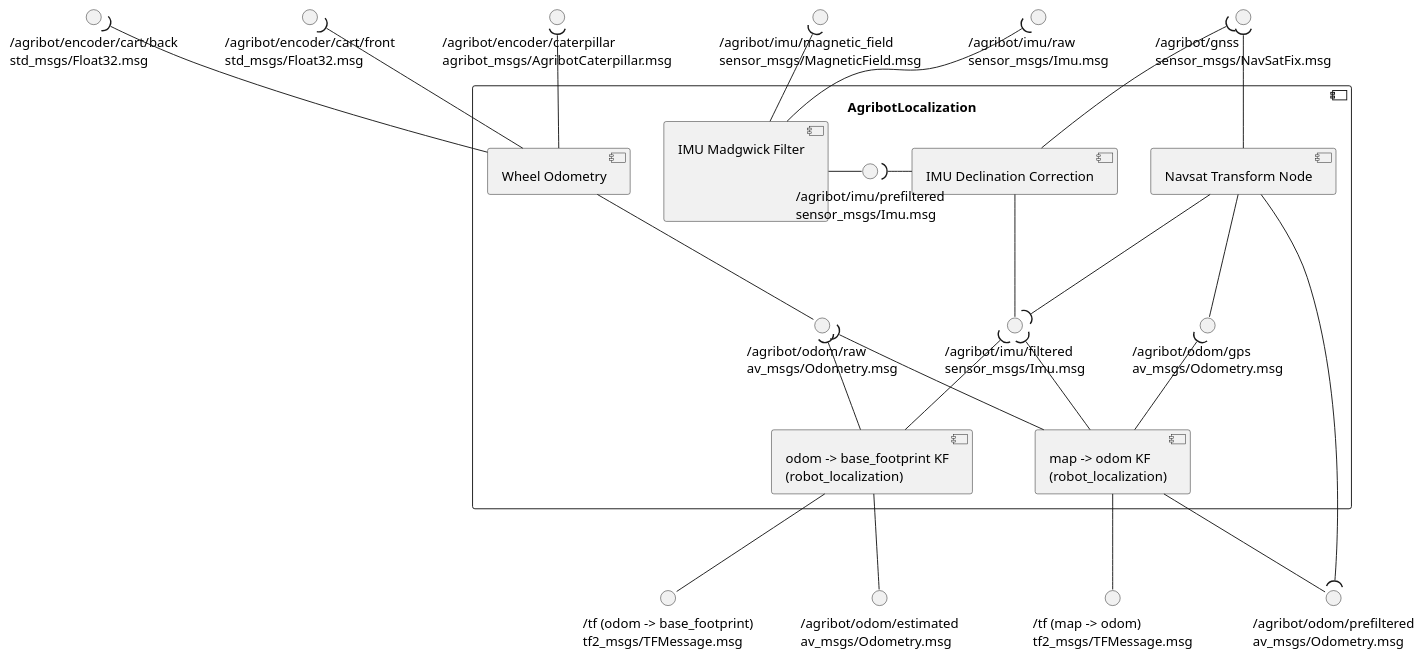
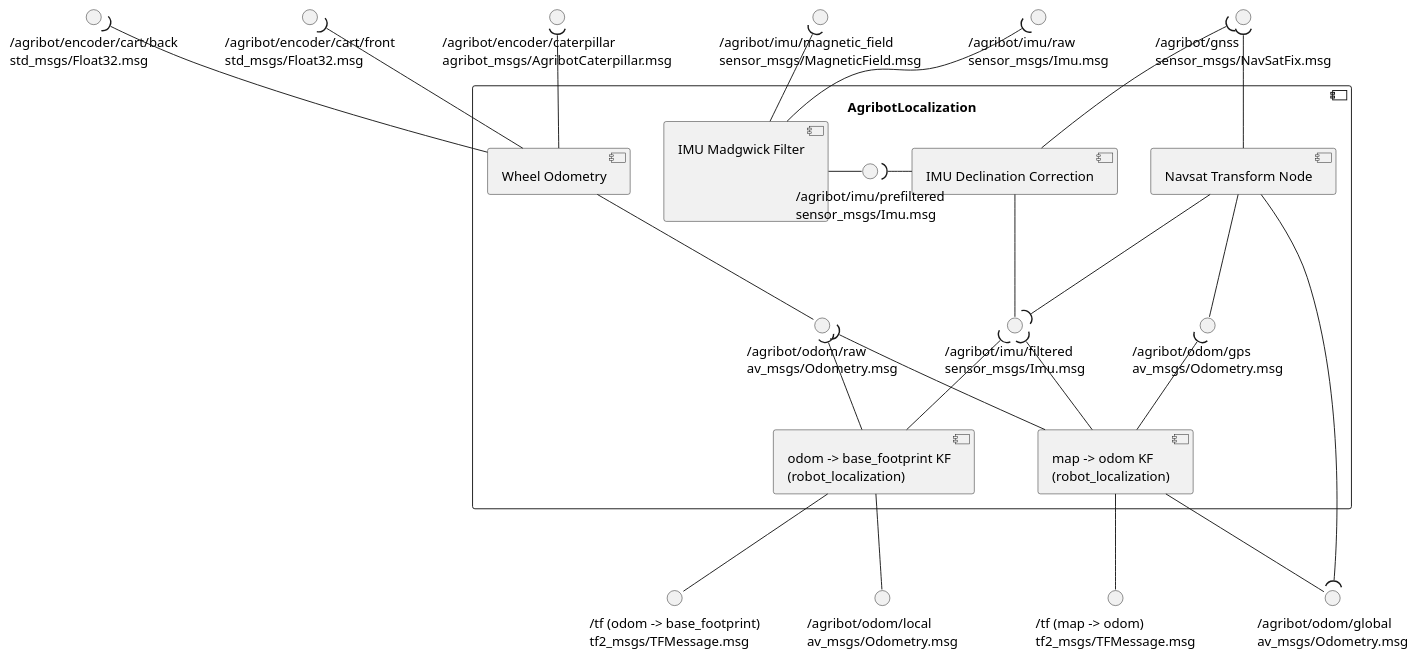
Before and after one commit to agribot-2-0/agribot_localization: the diagram in doc/component_diagram/component_diagram.puml, drawn with PlantUML. The commit also changed 1 other file, not shown here.

```diff
--- a/doc/component_diagram/component_diagram.puml
+++ b/doc/component_diagram/component_diagram.puml
@@ -1,81 +1,81 @@
 @startuml agribot_localization
 
 ' External input interfaces
 interface "/agribot/imu/raw\nsensor_msgs/Imu.msg" as imu_raw
 interface "/agribot/imu/magnetic_field\nsensor_msgs/MagneticField.msg" as magnetic_field
 interface "/agribot/encoder/caterpillar\nagribot_msgs/AgribotCaterpillar.msg" as encoder_caterpillar
 interface "/agribot/encoder/cart/front\nstd_msgs/Float32.msg" as encoder_cart_front
 interface "/agribot/encoder/cart/back\nstd_msgs/Float32.msg" as encoder_cart_back
 interface "/agribot/gnss\nsensor_msgs/NavSatFix.msg" as gnss
 
 ' External output interfaces
-interface "/agribot/odom/prefiltered\nav_msgs/Odometry.msg" as odom_prefiltered
+interface "/agribot/odom/global\nav_msgs/Odometry.msg" as odom_global
 interface "/tf (odom -> base_footprint)\ntf2_msgs/TFMessage.msg" as odom_base_tf
-interface "/agribot/odom/estimated\nav_msgs/Odometry.msg" as odom_estimated
+interface "/agribot/odom/local\nav_msgs/Odometry.msg" as odom_local
 interface "/tf (map -> odom)\ntf2_msgs/TFMessage.msg" as map_odom_tf
 
 
 component AgribotLocalization {
 
   ' Components
   [IMU Madgwick Filter\n\n\n] as Madgwick
   [IMU Declination Correction] as Declination
   [Wheel Odometry] as WheelOdometry
   [Navsat Transform Node] as NavsatTransform
   [odom -> base_footprint KF\n(robot_localization)] as LocalKf
   [map -> odom KF\n(robot_localization)] as GlobalKf
 
   ' Interfaces
   interface "/agribot/imu/prefiltered\nsensor_msgs/Imu.msg" as imu_prefiltered
   interface "/agribot/imu/filtered\nsensor_msgs/Imu.msg" as imu_filtered
   interface "/agribot/odom/raw\nav_msgs/Odometry.msg" as odom_raw
   interface "/agribot/odom/gps\nav_msgs/Odometry.msg" as odom_gps
 
   ''' Internal connections '''
   ' Madgwick
   Madgwick - imu_prefiltered
 
   ' Declination
   imu_prefiltered )- Declination
   Declination -up-( gnss
   Declination -- imu_filtered
 
   ' Wheel odometry
   WheelOdometry -- odom_raw
 
   ' Navsat transform
   NavsatTransform --( imu_filtered
   NavsatTransform --( gnss
-  NavsatTransform --( odom_prefiltered
+  NavsatTransform --( odom_global
   NavsatTransform -- odom_gps
 
   ' Local KF
   LocalKf -up-( imu_filtered
   LocalKf -up-( odom_raw
 
   ' Global KF
   GlobalKf -up-( imu_filtered
   GlobalKf -up-( odom_raw
   GlobalKf -up-( odom_gps
 
 }
 
 ''' External connections '''
 ' Madgwick
 Madgwick -up-( imu_raw
 Madgwick -up-( magnetic_field
 
 ' Wheel odometry
 WheelOdometry -up-( encoder_caterpillar
 WheelOdometry -up-( encoder_cart_front
 WheelOdometry -up-( encoder_cart_back
 
 ' Local KF
 LocalKf -down- odom_base_tf
-LocalKf -down- odom_estimated
+LocalKf -down- odom_local
 
 ' Global KF
 GlobalKf -down- map_odom_tf
-GlobalKf -down- odom_prefiltered
+GlobalKf -down- odom_global
 
 @enduml
```
